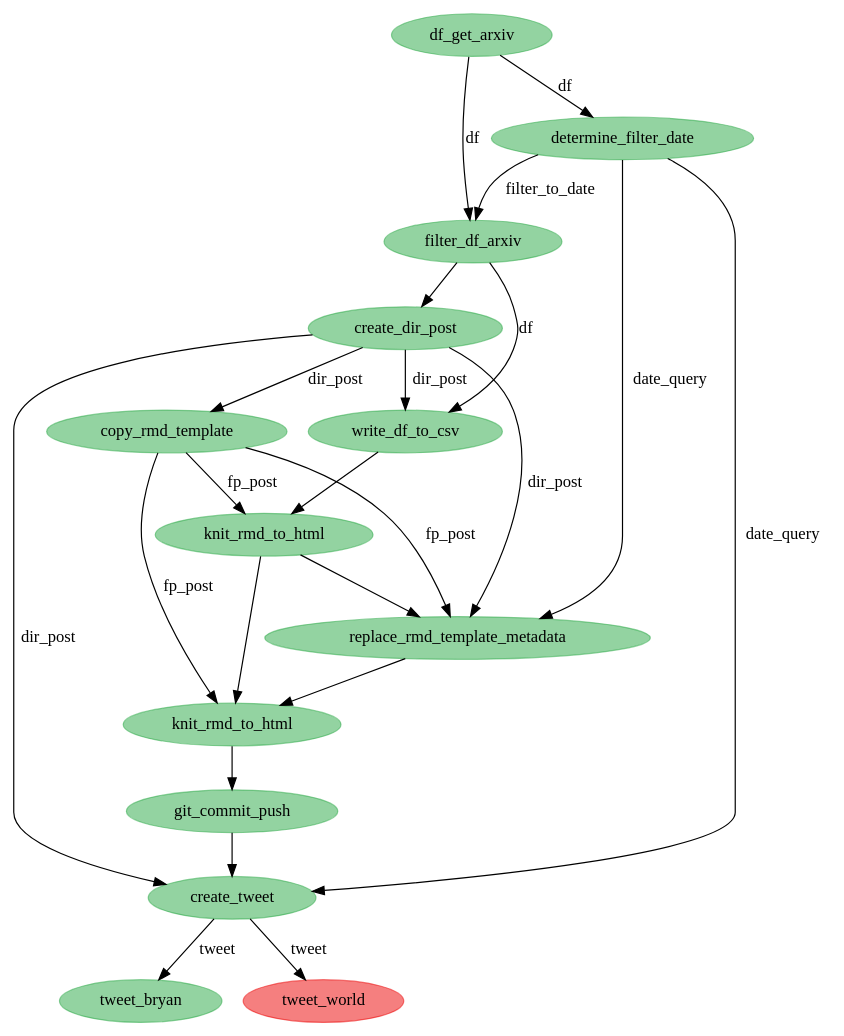
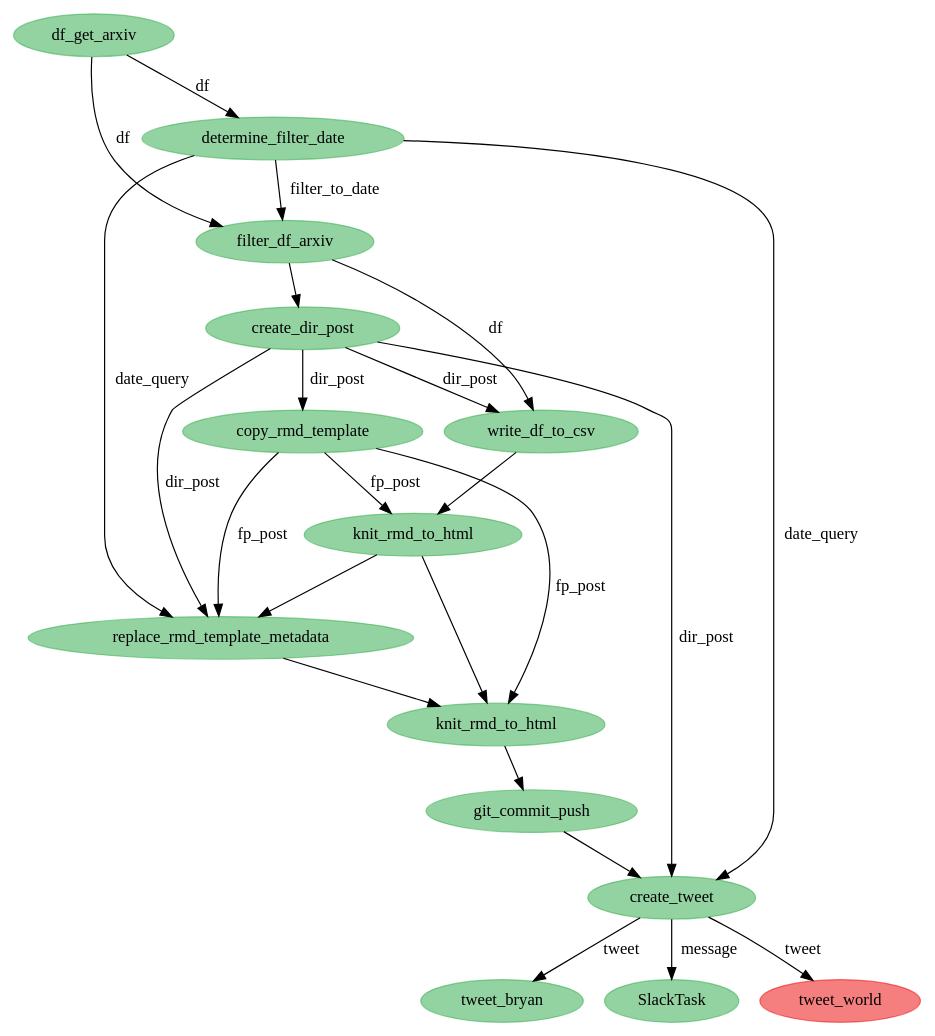
Before and after one commit to bryanwhiting/ds-arxiv: the diagram in python/state-viz.dot, drawn with Graphviz. The commit also changed 2 other files, not shown here.

```diff
--- a/python/state-viz.dot
+++ b/python/state-viz.dot
@@ -1,37 +1,39 @@
 digraph {
-	4524649168 [label=tweet_bryan color="#28a74580" colorscheme=svg shape=ellipse style=filled]
-	4524648272 [label=create_tweet color="#28a74580" colorscheme=svg shape=ellipse style=filled]
-	4524649424 [label=tweet_world color="#eb000080" colorscheme=svg shape=ellipse style=filled]
-	4524626064 [label=df_get_arxiv color="#28a74580" colorscheme=svg shape=ellipse style=filled]
-	4524627152 [label=write_df_to_csv color="#28a74580" colorscheme=svg shape=ellipse style=filled]
-	4524580432 [label=determine_filter_date color="#28a74580" colorscheme=svg shape=ellipse style=filled]
-	4524626000 [label=filter_df_arxiv color="#28a74580" colorscheme=svg shape=ellipse style=filled]
-	4524626640 [label=create_dir_post color="#28a74580" colorscheme=svg shape=ellipse style=filled]
-	4524628112 [label=copy_rmd_template color="#28a74580" colorscheme=svg shape=ellipse style=filled]
-	4524628368 [label=knit_rmd_to_html color="#28a74580" colorscheme=svg shape=ellipse style=filled]
-	4524629072 [label=replace_rmd_template_metadata color="#28a74580" colorscheme=svg shape=ellipse style=filled]
-	4524646736 [label=knit_rmd_to_html color="#28a74580" colorscheme=svg shape=ellipse style=filled]
-	4524647632 [label=git_commit_push color="#28a74580" colorscheme=svg shape=ellipse style=filled]
-	4524648272 -> 4524649168 [label=tweet]
-	4524648272 -> 4524649424 [label=tweet]
-	4524626000 -> 4524627152 [label=df]
-	4524628112 -> 4524629072 [label=fp_post]
-	4524628112 -> 4524646736 [label=fp_post]
-	4524627152 -> 4524628368
-	4524628368 -> 4524629072
-	4524628368 -> 4524646736
-	4524626640 -> 4524627152 [label=dir_post]
-	4524626640 -> 4524629072 [label=dir_post]
-	4524626640 -> 4524648272 [label=dir_post]
-	4524580432 -> 4524626000 [label=filter_to_date]
-	4524580432 -> 4524629072 [label=date_query]
-	4524580432 -> 4524648272 [label=date_query]
-	4524626064 -> 4524626000 [label=df]
-	4524626064 -> 4524580432 [label=df]
-	4524628112 -> 4524628368 [label=fp_post]
-	4524626000 -> 4524626640
-	4524629072 -> 4524646736
-	4524646736 -> 4524647632
-	4524647632 -> 4524648272
-	4524626640 -> 4524628112 [label=dir_post]
+	4533758608 [label=tweet_bryan color="#28a74580" colorscheme=svg shape=ellipse style=filled]
+	4533757712 [label=create_tweet color="#28a74580" colorscheme=svg shape=ellipse style=filled]
+	4533759248 [label=SlackTask color="#28a74580" colorscheme=svg shape=ellipse style=filled]
+	4533758864 [label=tweet_world color="#eb000080" colorscheme=svg shape=ellipse style=filled]
+	4533731408 [label=df_get_arxiv color="#28a74580" colorscheme=svg shape=ellipse style=filled]
+	4533677840 [label=filter_df_arxiv color="#28a74580" colorscheme=svg shape=ellipse style=filled]
+	4533677648 [label=determine_filter_date color="#28a74580" colorscheme=svg shape=ellipse style=filled]
+	4533731984 [label=create_dir_post color="#28a74580" colorscheme=svg shape=ellipse style=filled]
+	4533732496 [label=write_df_to_csv color="#28a74580" colorscheme=svg shape=ellipse style=filled]
+	4533733456 [label=copy_rmd_template color="#28a74580" colorscheme=svg shape=ellipse style=filled]
+	4533733712 [label=knit_rmd_to_html color="#28a74580" colorscheme=svg shape=ellipse style=filled]
+	4533734416 [label=replace_rmd_template_metadata color="#28a74580" colorscheme=svg shape=ellipse style=filled]
+	4533756176 [label=knit_rmd_to_html color="#28a74580" colorscheme=svg shape=ellipse style=filled]
+	4533757072 [label=git_commit_push color="#28a74580" colorscheme=svg shape=ellipse style=filled]
+	4533733456 -> 4533734416 [label=fp_post]
+	4533733456 -> 4533756176 [label=fp_post]
+	4533731984 -> 4533733456 [label=dir_post]
+	4533731408 -> 4533677840 [label=df]
+	4533757712 -> 4533758608 [label=tweet]
+	4533757712 -> 4533758864 [label=tweet]
+	4533732496 -> 4533733712
+	4533733712 -> 4533734416
+	4533733712 -> 4533756176
+	4533733456 -> 4533733712 [label=fp_post]
+	4533757712 -> 4533759248 [label=message]
+	4533731984 -> 4533732496 [label=dir_post]
+	4533731984 -> 4533734416 [label=dir_post]
+	4533731984 -> 4533757712 [label=dir_post]
+	4533677648 -> 4533734416 [label=date_query]
+	4533677648 -> 4533757712 [label=date_query]
+	4533731408 -> 4533677648 [label=df]
+	4533677840 -> 4533732496 [label=df]
+	4533677840 -> 4533731984
+	4533734416 -> 4533756176
+	4533756176 -> 4533757072
+	4533757072 -> 4533757712
+	4533677648 -> 4533677840 [label=filter_to_date]
 }
```
